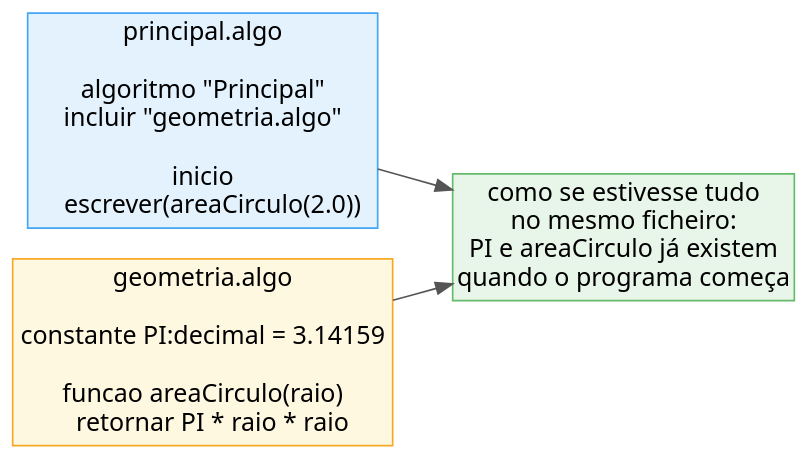
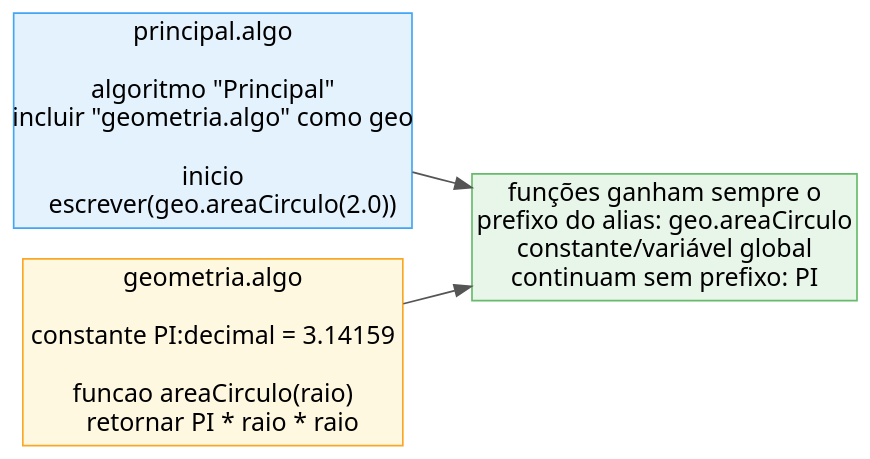
The diagram in aulas/diagramas/10-bibliotecas-incluir-erros/incluir-merge.dot (Oscar-Oliveira/Algo), drawn with Graphviz before and after one commit. The commit also changed 22 other files, not shown here.

```diff
--- a/aulas/diagramas/10-bibliotecas-incluir-erros/incluir-merge.dot
+++ b/aulas/diagramas/10-bibliotecas-incluir-erros/incluir-merge.dot
@@ -1,13 +1,13 @@
 digraph IncluirMerge {
     rankdir=LR;
     bgcolor="transparent";
     node [fontname="Segoe UI,Arial", fontsize=15, style=filled, shape=box];
     edge [fontname="Segoe UI,Arial", fontsize=13, color="#555555"];
 
-    principal [label="principal.algo\n\nalgoritmo \"Principal\"\nincluir \"geometria.algo\"\n\ninicio\n    escrever(areaCirculo(2.0))", fillcolor="#e3f2fd", color="#42a5f5"];
+    principal [label="principal.algo\n\nalgoritmo \"Principal\"\nincluir \"geometria.algo\" como geo\n\ninicio\n    escrever(geo.areaCirculo(2.0))", fillcolor="#e3f2fd", color="#42a5f5"];
     geometria [label="geometria.algo\n\nconstante PI:decimal = 3.14159\n\nfuncao areaCirculo(raio)\n    retornar PI * raio * raio", fillcolor="#fff8e1", color="#f9a825"];
-    resultado [label="como se estivesse tudo\nno mesmo ficheiro:\nPI e areaCirculo já existem\nquando o programa começa", fillcolor="#e8f5e9", color="#66bb6a"];
+    resultado [label="funções ganham sempre o\nprefixo do alias: geo.areaCirculo\nconstante/variável global\ncontinuam sem prefixo: PI", fillcolor="#e8f5e9", color="#66bb6a"];
 
     principal -> resultado;
     geometria -> resultado;
 }
```
